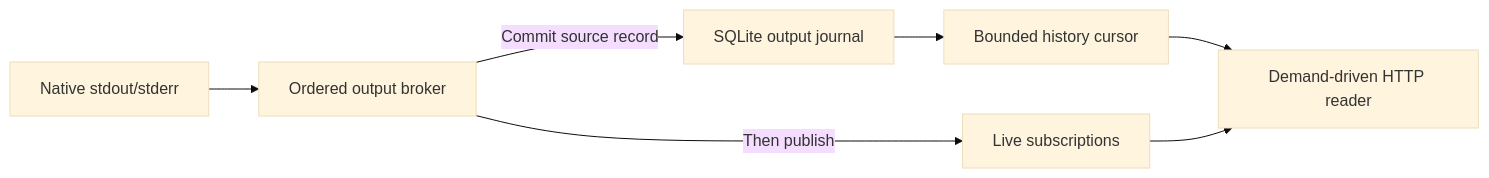
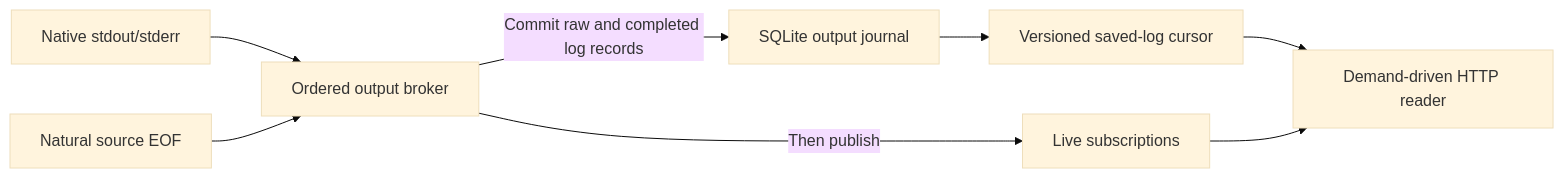
The fourth of 7 diagrams in DESIGN.md (stephenlclarke/devcontainer), drawn with Mermaid (base theme) before and after one commit. The commit also changed other lines of this file and 33 other files, not shown here.

Commit message:
feat(runtime): persist Docker-compatible saved log records

````diff
--- a/DESIGN.md
+++ b/DESIGN.md
@@ -290,9 +290,10 @@
 ```mermaid
 flowchart LR
     Pipes[Native stdout/stderr] --> Broker[Ordered output broker]
-    Broker -->|Commit source record| Journal[SQLite output journal]
+    Broker -->|Commit raw and completed log records| Journal[SQLite output journal]
+    EOF[Natural source EOF] --> Broker
     Broker -->|Then publish| Live[Live subscriptions]
-    Journal --> History[Bounded history cursor]
+    Journal --> History[Versioned saved-log cursor]
     History --> Reader[Demand-driven HTTP reader]
     Live --> Reader
 ```
````
